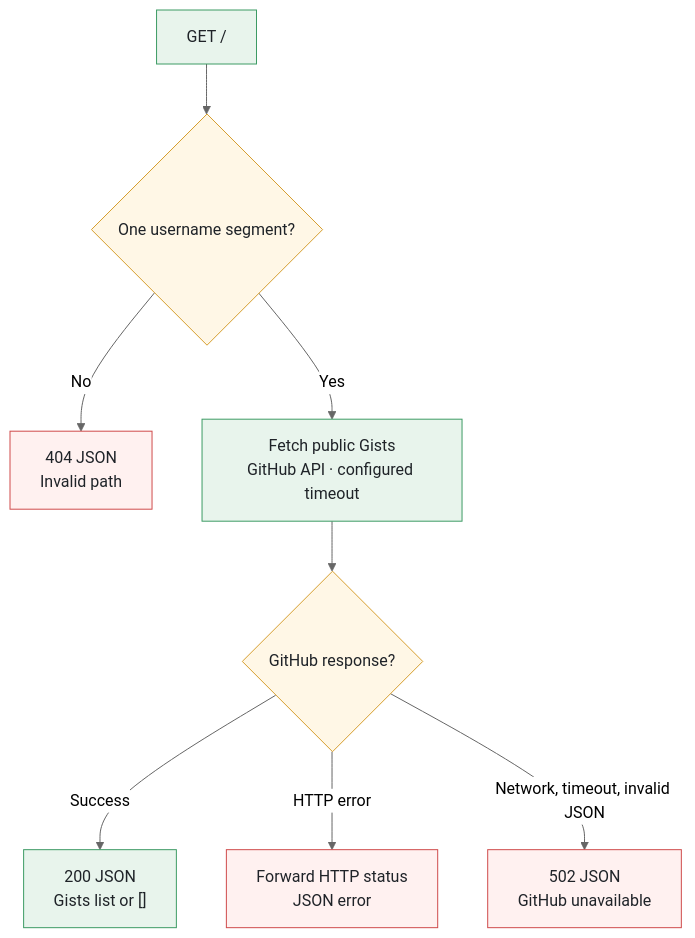
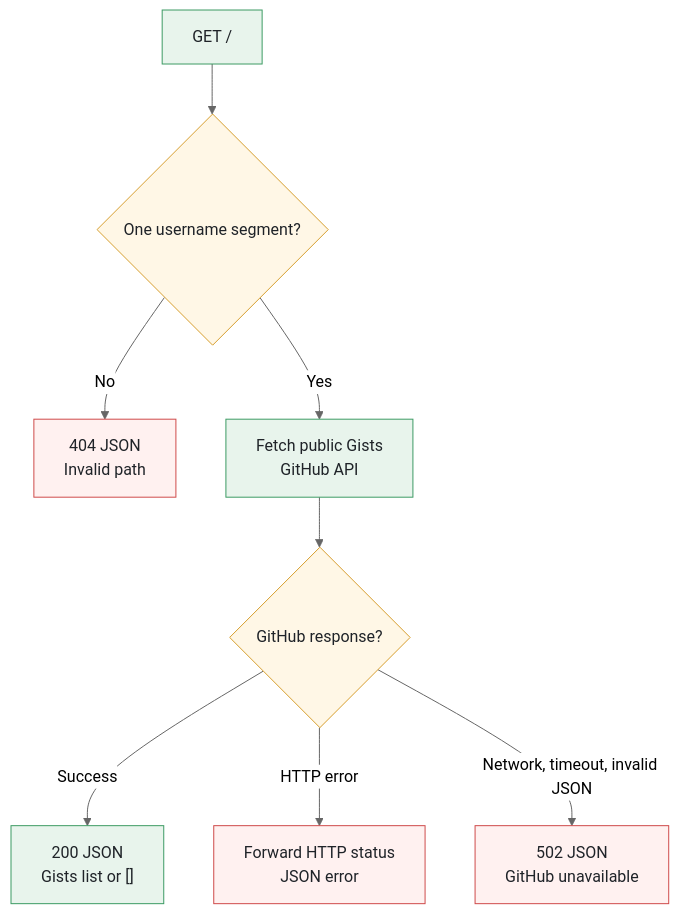
The diagram in README.md (yiteshsharma/test), drawn with Mermaid (neutral theme) before and after one commit.

Commit message:
docs: simplify Gists request flow label

````diff
--- a/README.md
+++ b/README.md
@@ -20,19 +20,19 @@
 ```mermaid
 flowchart TD
 	request["GET /<username>"] --> valid{"One username segment?"}
 	valid -- No --> invalid["404 JSON<br/>Invalid path"]
-	valid -- Yes --> fetch["Fetch public Gists<br/>GitHub API · configured timeout"]
+	valid -- Yes --> fetch["Fetch public Gists<br/>GitHub API"]
 	fetch --> result{"GitHub response?"}
 	result -- Success --> success["200 JSON<br/>Gists list or []"]
 	result -- HTTP error --> http_error["Forward HTTP status<br/>JSON error"]
 	result -- Network, timeout, invalid JSON --> unavailable["502 JSON<br/>GitHub unavailable"]
 
 	classDef request fill:#e8f4ec,stroke:#3d9b64,color:#1f2328
 	classDef decision fill:#fff7e6,stroke:#d69e2e,color:#1f2328
 	classDef success fill:#e8f4ec,stroke:#3d9b64,color:#1f2328
 	classDef error fill:#fff1f0,stroke:#cf4b4b,color:#1f2328
 	class request,fetch request
 	class valid,result decision
 	class success success
 	class invalid,http_error,unavailable error
 ```
````
